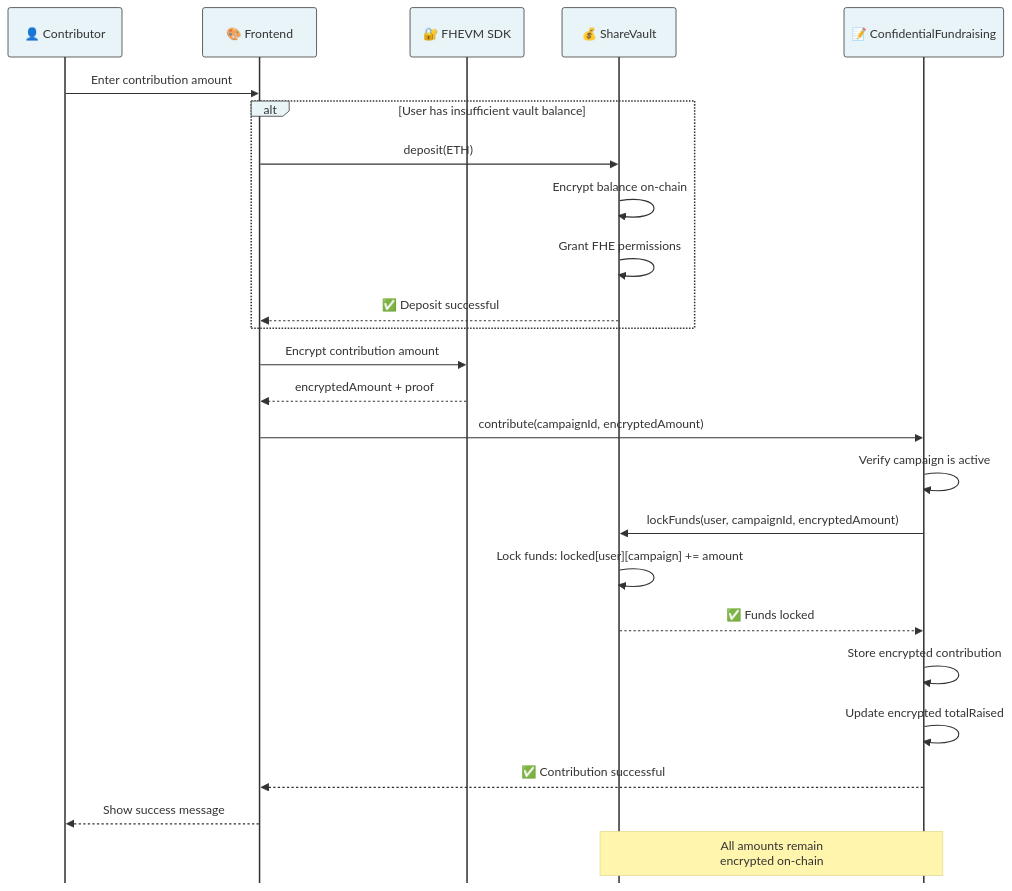
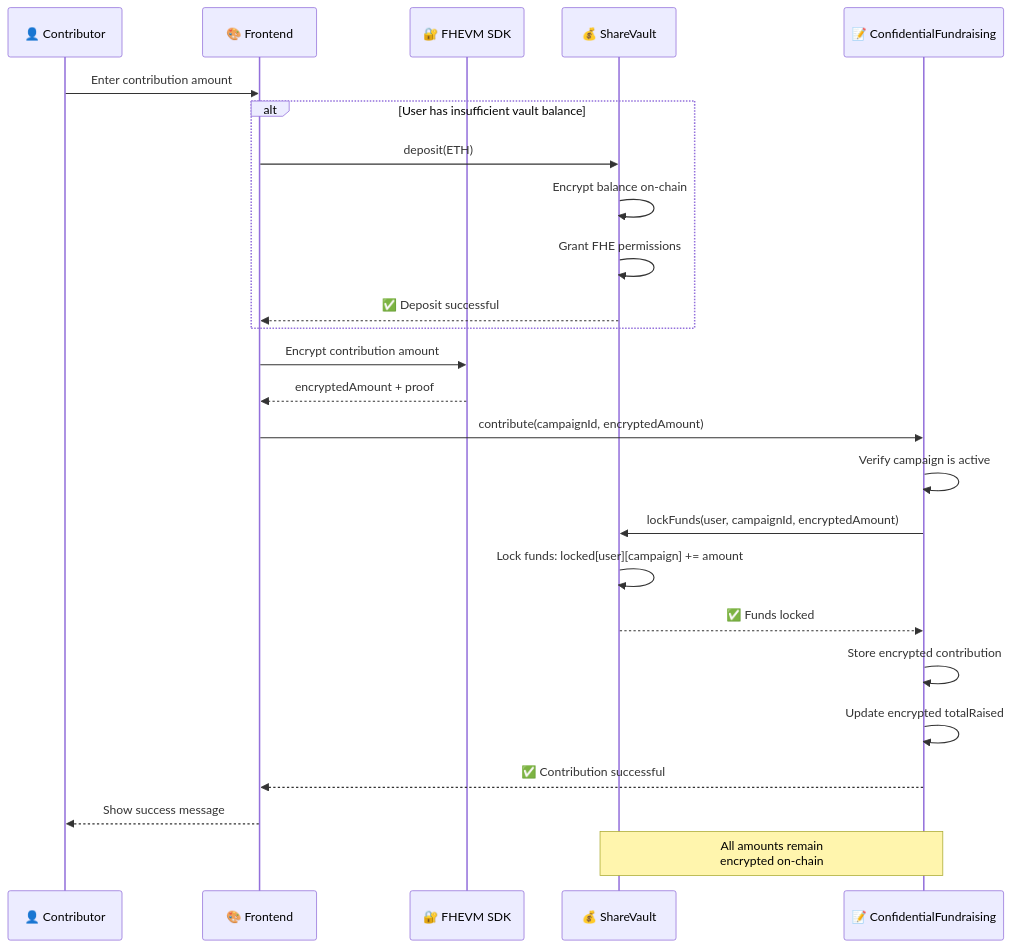
Before and after one commit to cris-the-dev/confidental-fundraising: the fourth of 8 diagrams in README.md, drawn with Mermaid. The commit also changed other lines of this file, not shown here.

Commit message:
chore(): update mermaid diagrams style

````diff
--- a/README.md
+++ b/README.md
@@ -167,34 +161,32 @@
 ```mermaid
-%%{init: {'theme':'base', 'themeVariables': {'primaryColor':'#e8f4f8','primaryTextColor':'#333','primaryBorderColor':'#333','lineColor':'#666','fontFamily':'Comic Sans MS, cursive, sans-serif'},'sequence':{'mirrorActors':false}}}%%
-
 sequenceDiagram
     participant U as 👤 Contributor
     participant F as 🎨 Frontend
     participant SDK as 🔐 FHEVM SDK
     participant SV as 💰 ShareVault
     participant CF as 📝 ConfidentialFundraising
 
     U->>F: Enter contribution amount
 
     alt User has insufficient vault balance
         F->>SV: deposit(ETH)
         SV->>SV: Encrypt balance on-chain
         SV->>SV: Grant FHE permissions
         SV-->>F: ✅ Deposit successful
     end
 
     F->>SDK: Encrypt contribution amount
     SDK-->>F: encryptedAmount + proof
 
     F->>CF: contribute(campaignId, encryptedAmount)
     CF->>CF: Verify campaign is active
     CF->>SV: lockFunds(user, campaignId, encryptedAmount)
     SV->>SV: Lock funds: locked[user][campaign] += amount
     SV-->>CF: ✅ Funds locked
     CF->>CF: Store encrypted contribution
     CF->>CF: Update encrypted totalRaised
     CF-->>F: ✅ Contribution successful
     F-->>U: Show success message
 
     Note over CF,SV: All amounts remain<br/>encrypted on-chain
 ```
````
